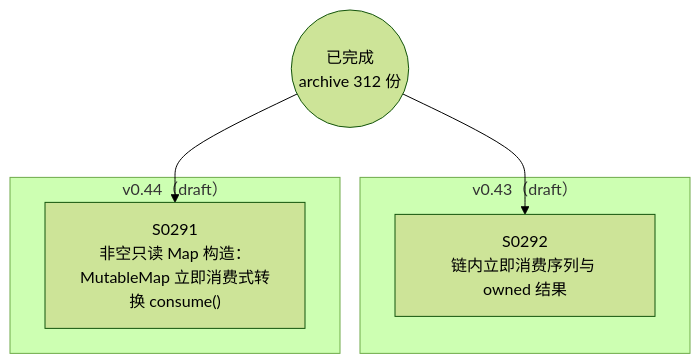
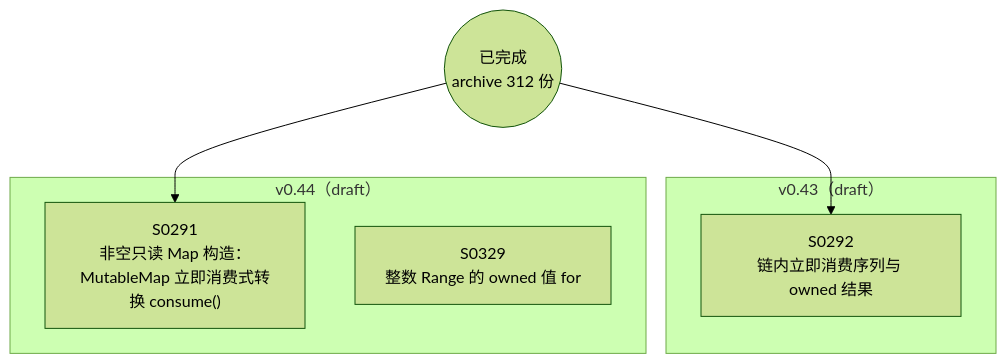
The diagram in docs/specs/dependency-graph.md (Halckon/Koven), drawn with Mermaid (forest theme) before and after one commit. The commit also changed other lines of this file and 6 other files, not shown here.

Commit message:
docs(spec0329): plan owned integer Range iteration

````diff
--- a/docs/specs/dependency-graph.md
+++ b/docs/specs/dependency-graph.md
@@ -9,12 +9,13 @@
 ```mermaid
 flowchart TD
 ARCH(("已完成<br/>archive 312 份"))
 subgraph Gdrafts_v043["v0.43（draft）"]
   S0292["S0292<br/>链内立即消费序列与 owned 结果"]
 end
 subgraph Gdrafts_v044["v0.44（draft）"]
   S0291["S0291<br/>非空只读 Map 构造：MutableMap 立即消费式转换 consume()"]
+  S0329["S0329<br/>整数 Range 的 owned 值 for"]
 end
 ARCH --> S0291
 ARCH --> S0292
 ```
````
